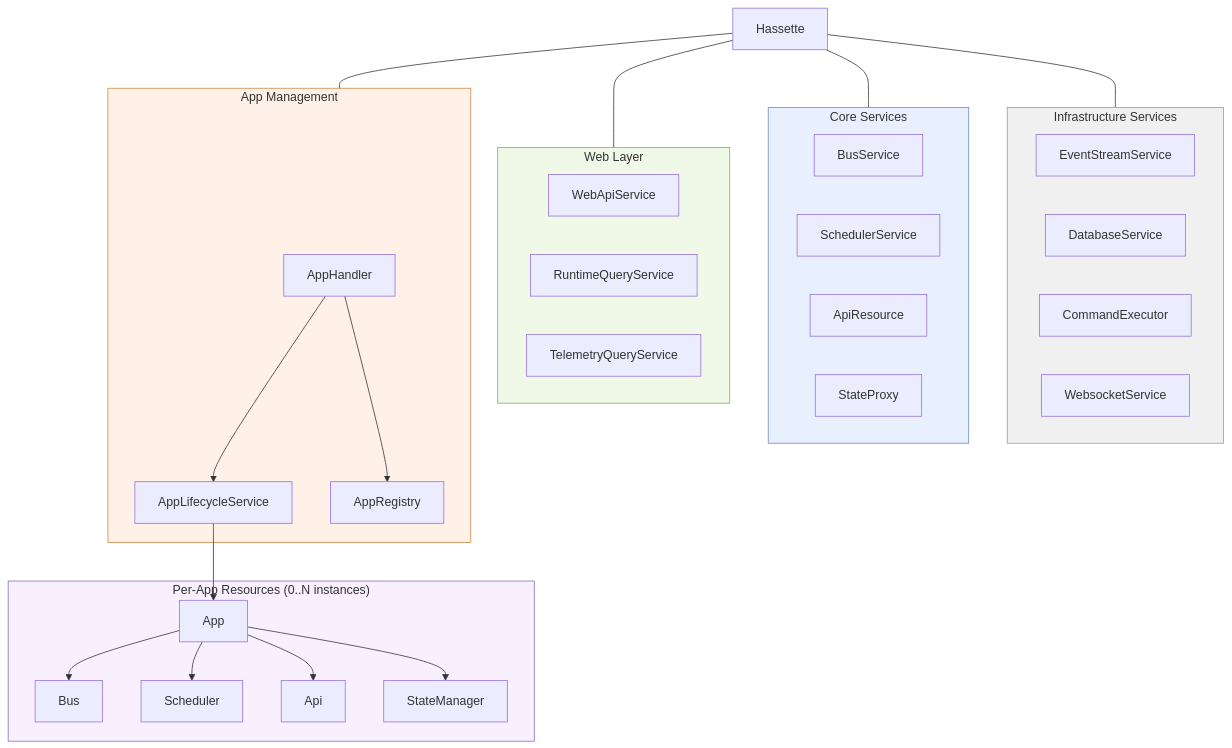
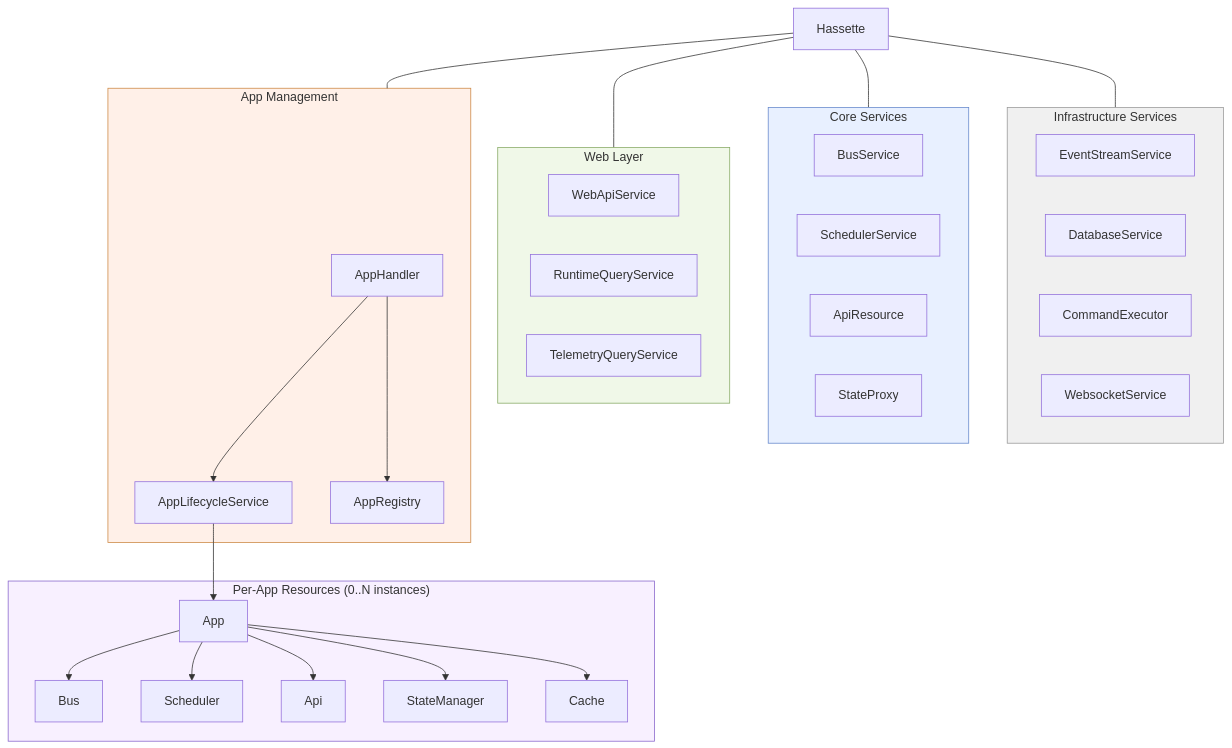
The first of 9 diagrams in docs/pages/core-concepts/internals.md (NodeJSmith/hassette), drawn with Mermaid before and after one commit. The commit also changed 1 other file, not shown here.

Commit message:
docs: add Cache to per-app resource diagrams
Cache was listed on the Apps overview but missing from the internals
component ownership and core concepts app handles diagrams.

````diff
--- a/docs/pages/core-concepts/internals.md
+++ b/docs/pages/core-concepts/internals.md
@@ -16,57 +16,58 @@
 ```mermaid
 graph TD
     accTitle: Component Ownership Tree
     accDescr: Parent-child resource hierarchy from Hassette root to per-app handles
 
     Hassette
 
     subgraph infra["Infrastructure Services"]
         EventStreamService
         DatabaseService
         CommandExecutor
         WebsocketService
     end
 
     subgraph core["Core Services"]
         BusService
         SchedulerService
         ApiResource
         StateProxy
     end
 
     subgraph web["Web Layer"]
         WebApiService
         RuntimeQueryService
         TelemetryQueryService
     end
 
     subgraph apps["App Management"]
         AppHandler
         AppLifecycleService
         AppRegistry
     end
 
     Hassette --- infra
     Hassette --- core
     Hassette --- web
     Hassette --- apps
 
     AppHandler --> AppLifecycleService
     AppHandler --> AppRegistry
 
     subgraph perapp["Per-App Resources (0..N instances)"]
         App
         App --> Bus
         App --> Scheduler
         App --> Api
         App --> StateManager
+        App --> Cache
     end
 
     AppLifecycleService --> App
 
     style infra fill:#f0f0f0,stroke:#999
     style core fill:#e8f0ff,stroke:#6688cc
     style web fill:#f0f8e8,stroke:#88aa66
     style apps fill:#fff0e8,stroke:#cc8844
     style perapp fill:#f8f0ff,stroke:#8866cc
 ```
````
